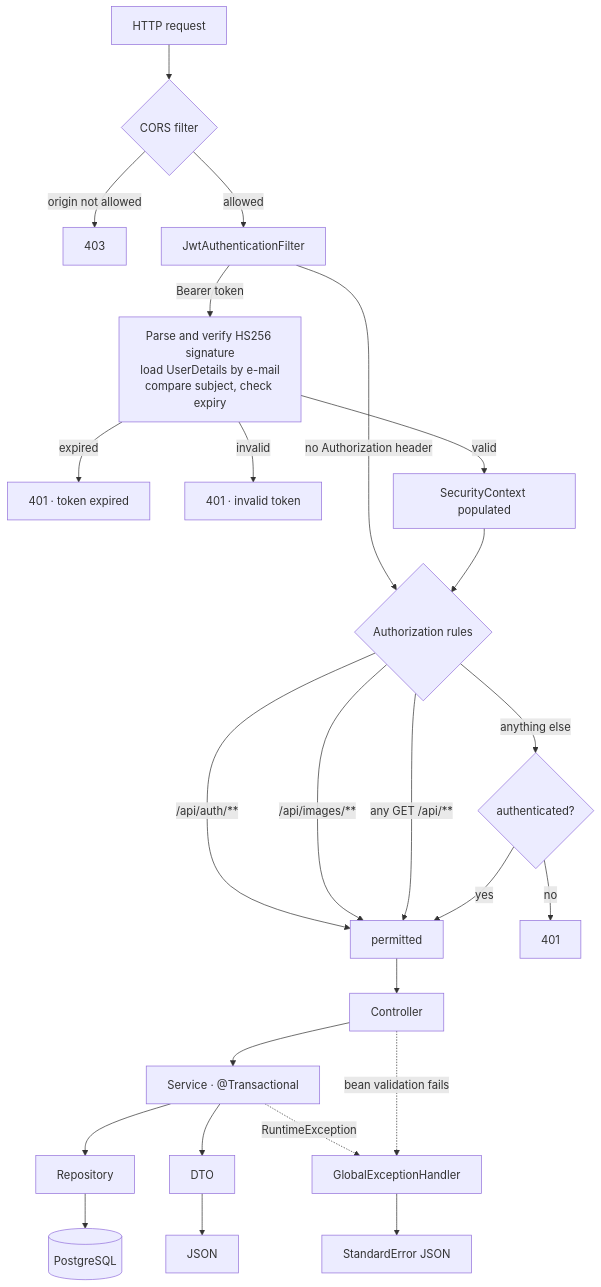
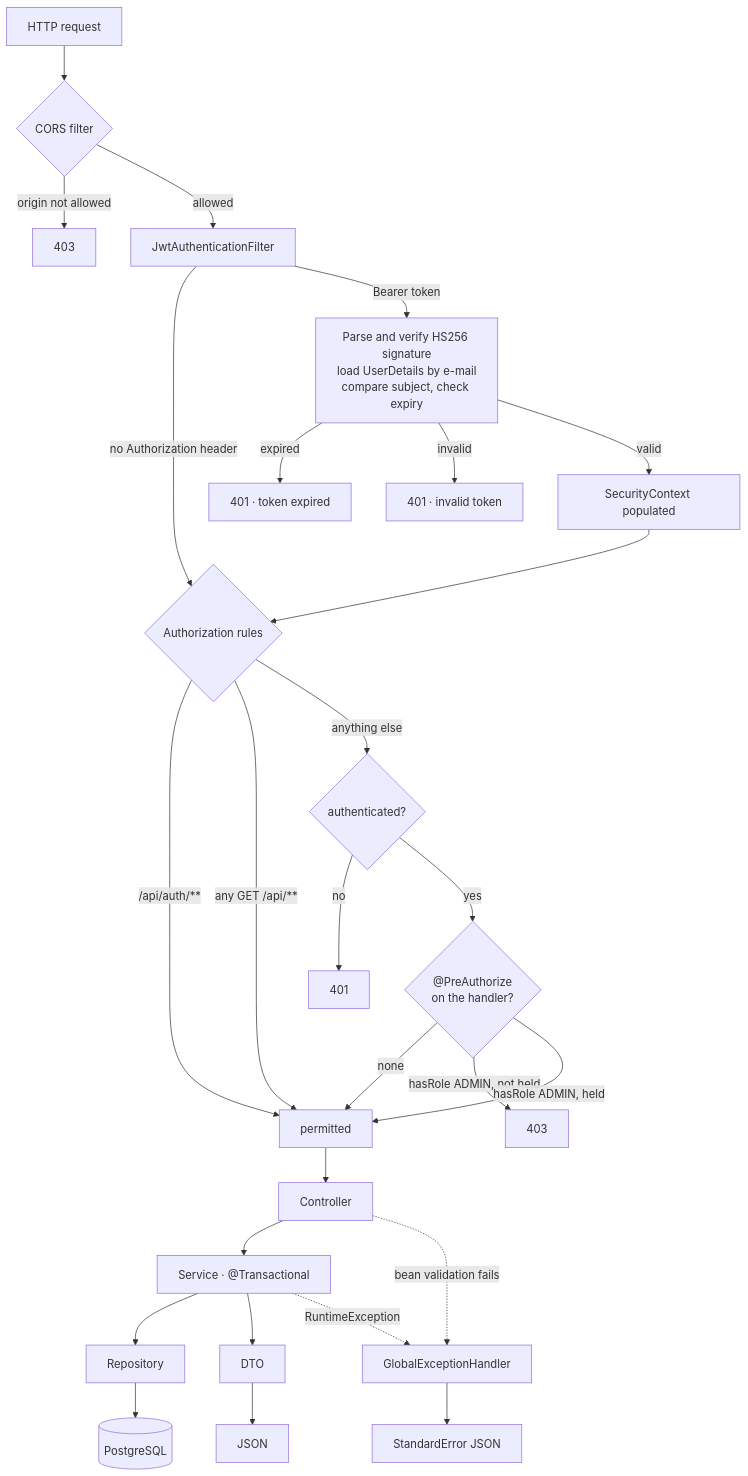
One commit to patrickpriebe/pesca-brasil-api changed the diagram in docs/01-architecture.md. Above: the diagram before and after it, drawn with Mermaid. The commit also changed other lines of this file and 20 other files, not shown here.

````diff
--- a/docs/01-architecture.md
+++ b/docs/01-architecture.md
@@ -90,31 +90,33 @@
 ```mermaid
 flowchart TB
     R["HTTP request"] --> C{"CORS filter"}
     C -->|"origin not allowed"| X1["403"]
     C -->|"allowed"| J["JwtAuthenticationFilter"]
 
     J -->|"no Authorization header"| S
     J -->|"Bearer token"| V["Parse and verify HS256 signature<br/>load UserDetails by e-mail<br/>compare subject, check expiry"]
     V -->|"expired"| X2["401 · token expired"]
     V -->|"invalid"| X3["401 · invalid token"]
     V -->|"valid"| A["SecurityContext populated"]
 
     A --> S{"Authorization rules"}
     S -->|"/api/auth/**"| P["permitted"]
-    S -->|"/api/images/**"| P
     S -->|"any GET /api/**"| P
     S -->|"anything else"| AU{"authenticated?"}
     AU -->|"no"| X4["401"]
-    AU -->|"yes"| P
+    AU -->|"yes"| MS{"@PreAuthorize<br/>on the handler?"}
+    MS -->|"none"| P
+    MS -->|"hasRole ADMIN, not held"| X5["403"]
+    MS -->|"hasRole ADMIN, held"| P
 
     P --> CT["Controller"]
     CT --> SV["Service · @Transactional"]
     SV --> RE["Repository"]
     RE --> DB[("PostgreSQL")]
     SV --> DTO["DTO"]
     DTO --> RESP["JSON"]
 
     SV -.->|"RuntimeException"| GEH["GlobalExceptionHandler"]
     CT -.->|"bean validation fails"| GEH
     GEH --> ERR["StandardError JSON"]
 ```
````
